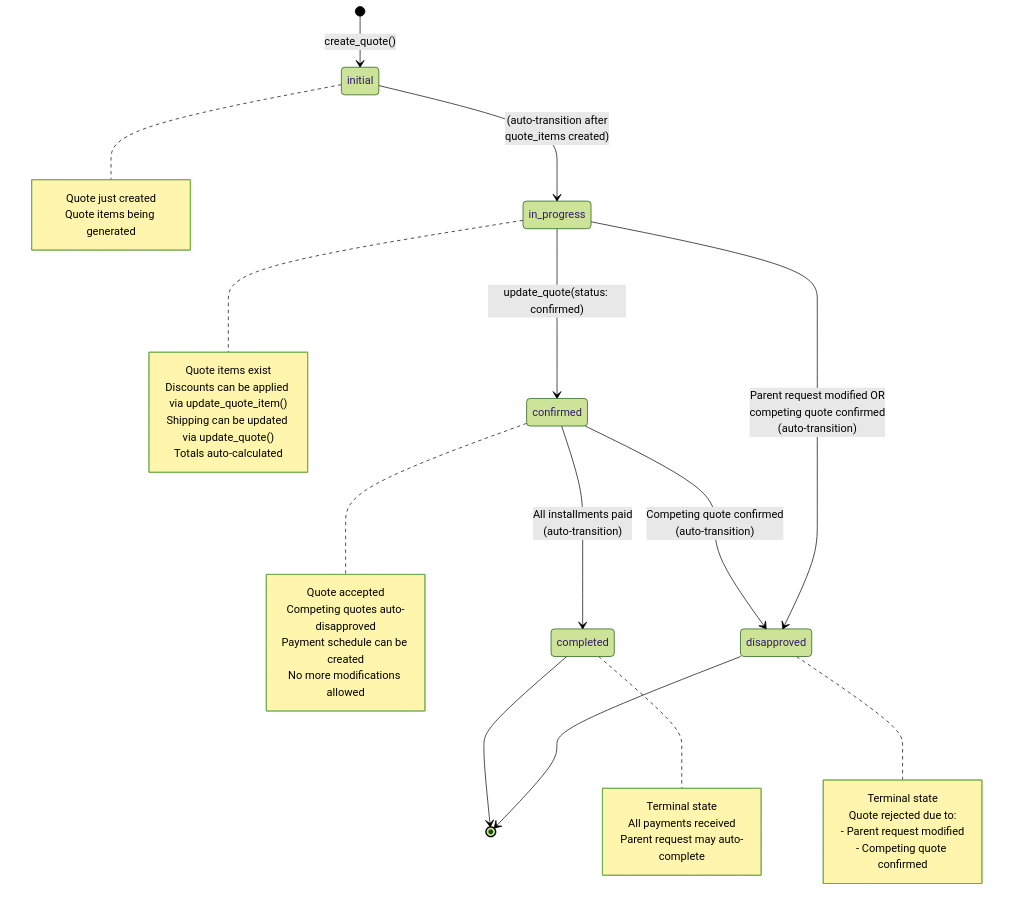
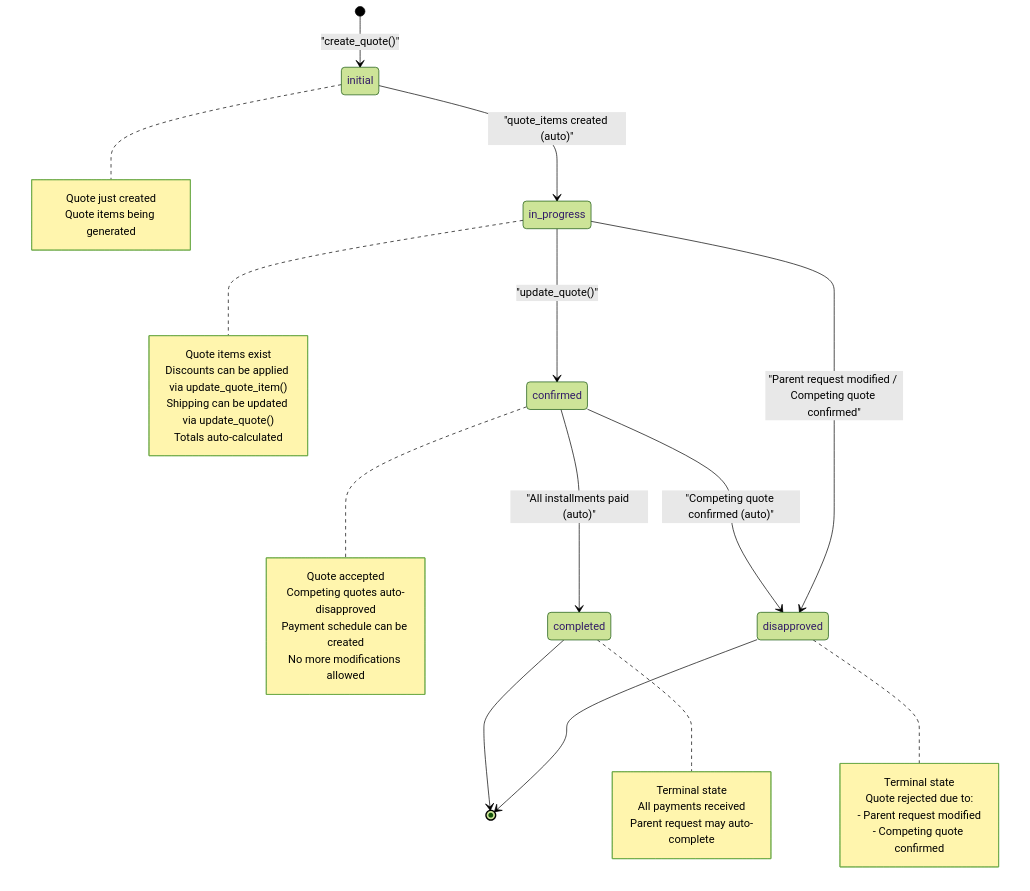
Diagram 12 of 16 in docs/DEVELOPMENT_PLAN.md (ideabosque/ai_rfq_engine), drawn with Mermaid (forest theme) before and after one commit. The commit also changed other lines of this file, not shown here.

Commit message:
Clarify state diagrams in development plan

````diff
--- a/docs/DEVELOPMENT_PLAN.md
+++ b/docs/DEVELOPMENT_PLAN.md
@@ -1338,49 +1338,49 @@
 ```mermaid
 stateDiagram-v2
-    [*] --> initial: create_quote()
+    [*] --> initial: "create_quote()"
 
-    initial --> in_progress: (auto-transition after<br/>quote_items created)
+    initial --> in_progress: "quote_items created (auto)"
 
-    in_progress --> confirmed: update_quote(status: confirmed)
+    in_progress --> confirmed: "update_quote()"
 
-    in_progress --> disapproved: Parent request modified OR<br/>competing quote confirmed<br/>(auto-transition)
+    in_progress --> disapproved: "Parent request modified / Competing quote confirmed"
 
-    confirmed --> completed: All installments paid<br/>(auto-transition)
+    confirmed --> completed: "All installments paid (auto)"
 
-    confirmed --> disapproved: Competing quote confirmed<br/>(auto-transition)
+    confirmed --> disapproved: "Competing quote confirmed (auto)"
 
     disapproved --> [*]
     completed --> [*]
 
     note right of initial
         Quote just created
         Quote items being generated
     end note
 
     note right of in_progress
         Quote items exist
         Discounts can be applied via update_quote_item()
         Shipping can be updated via update_quote()
         Totals auto-calculated
     end note
 
     note right of confirmed
         Quote accepted
         Competing quotes auto-disapproved
         Payment schedule can be created
         No more modifications allowed
     end note
 
     note right of disapproved
         Terminal state
         Quote rejected due to:
         - Parent request modified
         - Competing quote confirmed
     end note
 
     note right of completed
         Terminal state
         All payments received
         Parent request may auto-complete
     end note
 ```
````
